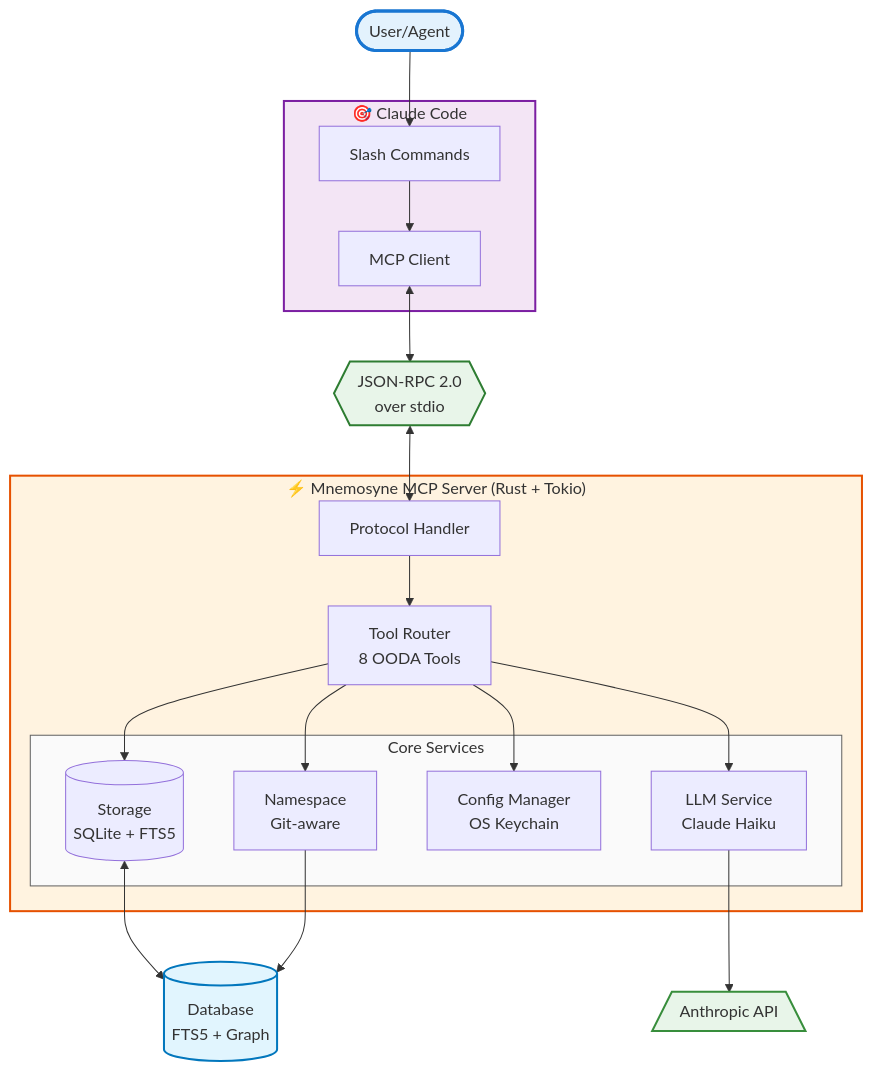
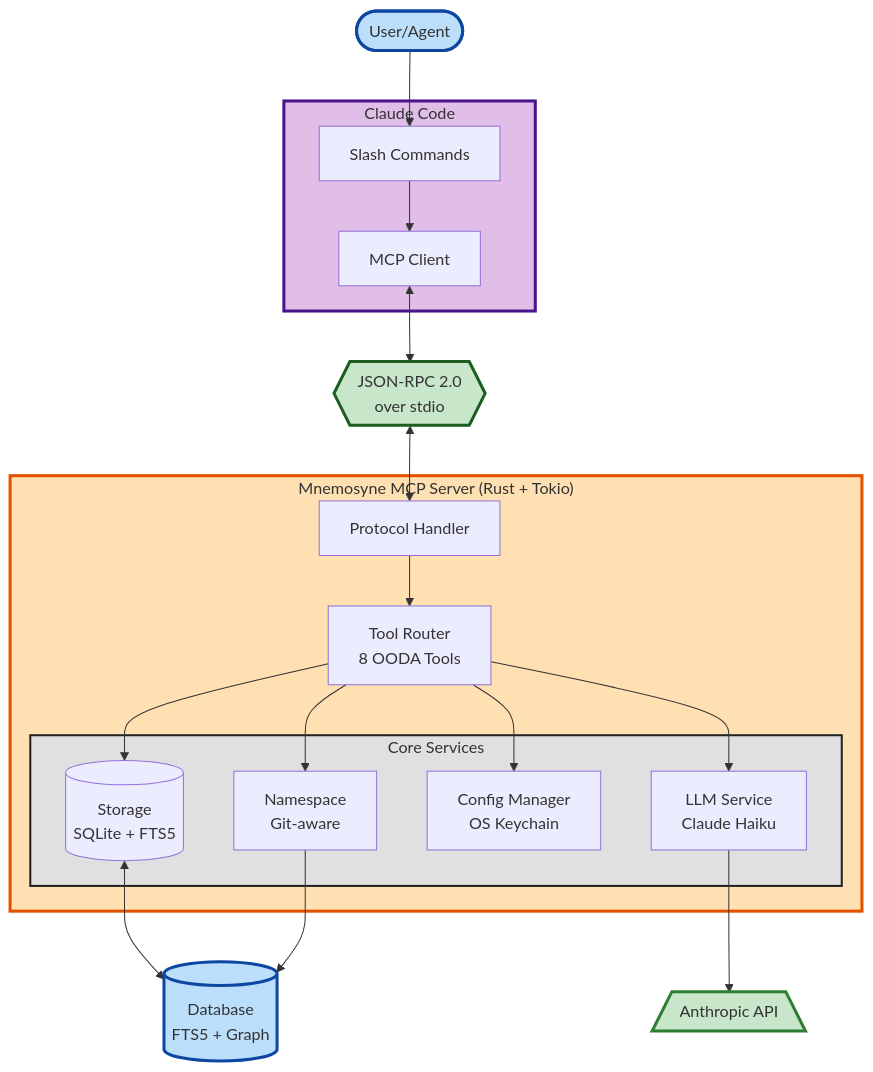
Before and after one commit to rand/mnemosyne: the diagram in MCP_SERVER.md, drawn with Mermaid. The commit also changed 2 other files, not shown here.

Commit message:
Remove emoji and increase contrast in all diagrams
Changes:
- Remove all emoji icons from diagram titles and messages
- Increase contrast with darker stroke colors
- Use thicker stroke widths (3px for main elements)
- Darker fill colors while maintaining color coding
- Improved readability with higher contrast ratios

Color updates:
- User: Light blue with dark blue stroke (#0d47a1)
- Claude Code: Light purple with deep purple stroke (#4a148c)
- Mnemosyne: Light orange with orange stroke (#e65100)
- Protocol: Light green with dark green stroke (#1b5e20)
- Services: Light gray with black stroke (#212121)
- API/External: Green with darker green stroke (#2e7d32)
- Database: Light blue with dark blue stroke (#0d47a1)

Benefits:
- Better accessibility with higher contrast
- Cleaner professional appearance without emoji
- Improved legibility in all viewing contexts
- Consistent styling across all documentation

````diff
--- a/MCP_SERVER.md
+++ b/MCP_SERVER.md
@@ -399,49 +399,49 @@
 ```mermaid
 flowchart TD
     User([User/Agent])
 
-    subgraph Claude["🎯 Claude Code"]
+    subgraph Claude["Claude Code"]
         UI[Slash Commands]
         Client[MCP Client]
     end
 
     Protocol{{JSON-RPC 2.0<br/>over stdio}}
 
-    subgraph Server["⚡ Mnemosyne MCP Server (Rust + Tokio)"]
+    subgraph Server["Mnemosyne MCP Server (Rust + Tokio)"]
         Handler[Protocol Handler]
         Router[Tool Router<br/>8 OODA Tools]
 
         subgraph Services["Core Services"]
             Storage[(Storage<br/>SQLite + FTS5)]
             LLM[LLM Service<br/>Claude Haiku]
             Config[Config Manager<br/>OS Keychain]
             NS[Namespace<br/>Git-aware]
         end
     end
 
     API[/Anthropic API\]
     DB[(Database<br/>FTS5 + Graph)]
 
     User --> UI
     UI --> Client
     Client <--> Protocol
     Protocol <--> Handler
     Handler --> Router
 
     Router --> Storage
     Router --> LLM
     Router --> Config
     Router --> NS
 
     Storage <--> DB
     LLM --> API
     NS --> DB
 
-    style User fill:#e3f2fd,stroke:#1976d2,stroke-width:3px
-    style Claude fill:#f3e5f5,stroke:#7b1fa2,stroke-width:2px
-    style Server fill:#fff3e0,stroke:#e65100,stroke-width:2px
-    style Services fill:#fafafa,stroke:#616161,stroke-width:1px
-    style Protocol fill:#e8f5e9,stroke:#2e7d32,stroke-width:2px
-    style API fill:#e8f5e9,stroke:#388e3c,stroke-width:2px
-    style DB fill:#e1f5fe,stroke:#0277bd,stroke-width:2px
+    style User fill:#bbdefb,stroke:#0d47a1,stroke-width:3px
+    style Claude fill:#e1bee7,stroke:#4a148c,stroke-width:3px
+    style Server fill:#ffe0b2,stroke:#e65100,stroke-width:3px
+    style Services fill:#e0e0e0,stroke:#212121,stroke-width:2px
+    style Protocol fill:#c8e6c9,stroke:#1b5e20,stroke-width:3px
+    style API fill:#c8e6c9,stroke:#2e7d32,stroke-width:3px
+    style DB fill:#bbdefb,stroke:#0d47a1,stroke-width:3px
 ```
````
